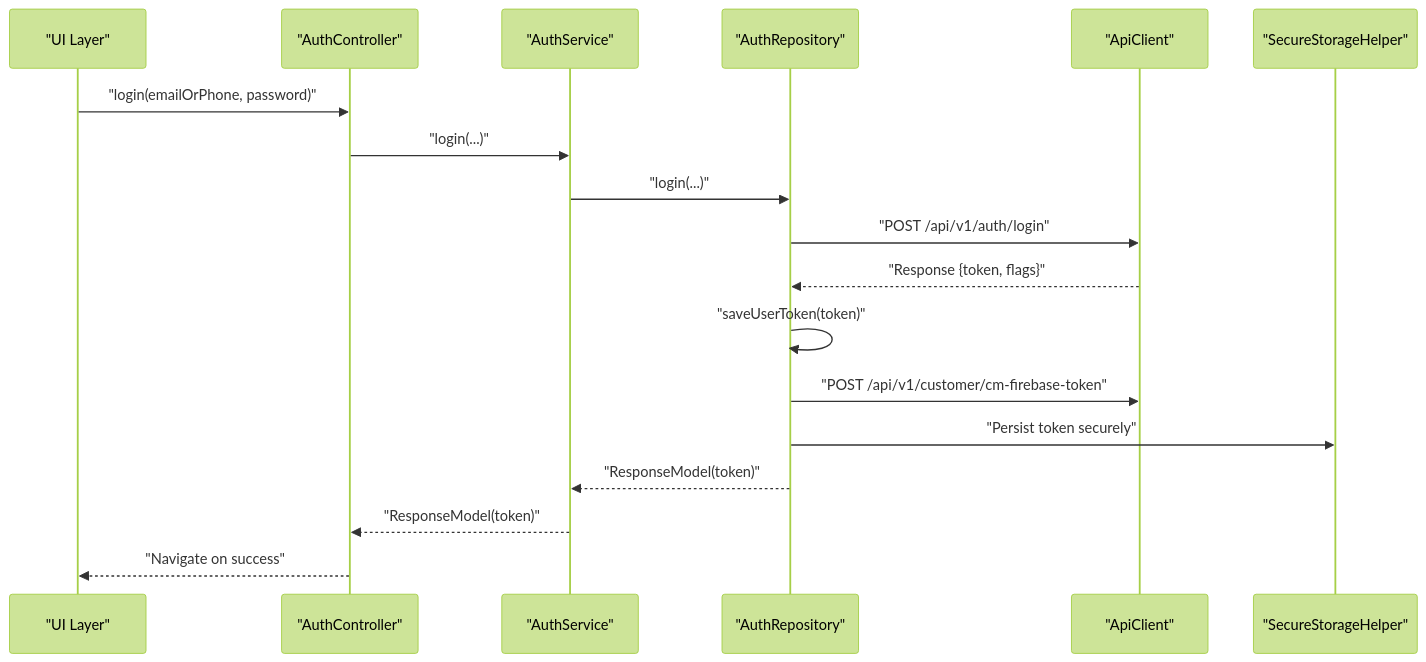
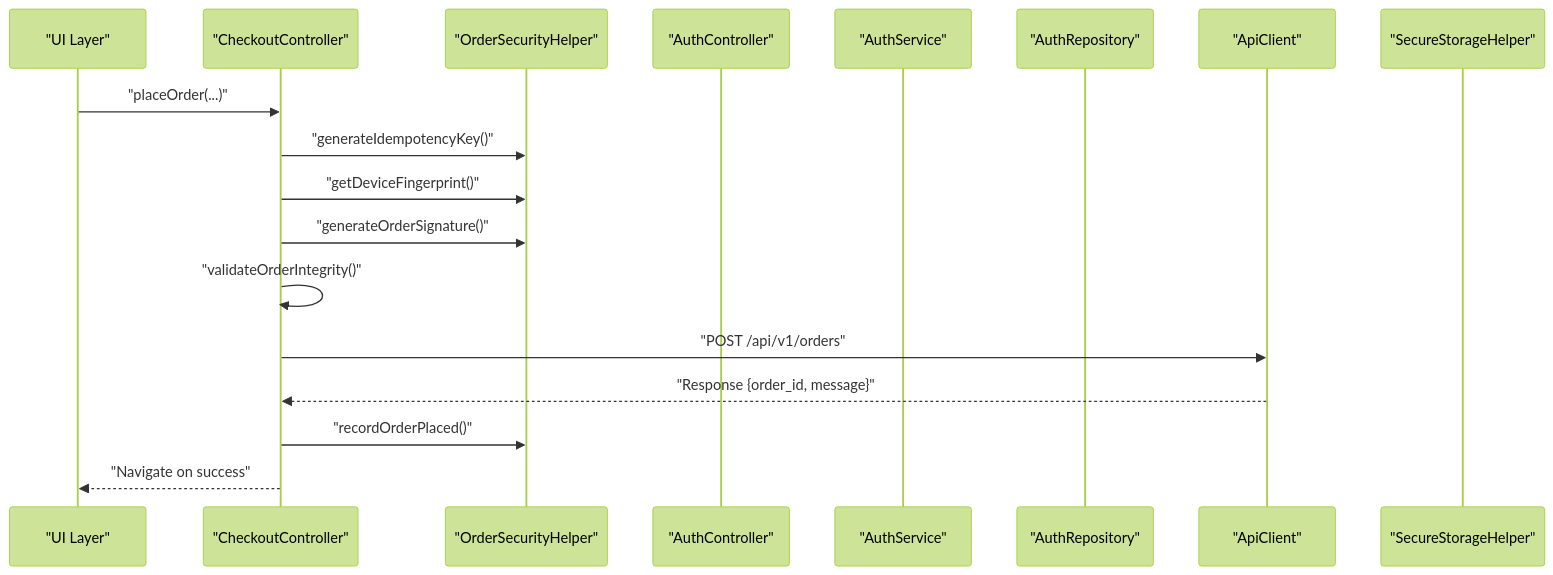
One commit to Hamdies/waddy_user changed the second of 4 diagrams in .qoder/repowiki/en/content/Authentication System/Security Implementation.md. Above: the diagram before and after it, drawn with Mermaid (forest theme). The commit also changed other lines of this file and 773 other files, not shown here.

````diff
--- a/.qoder/repowiki/en/content/Authentication System/Security Implementation.md
+++ b/.qoder/repowiki/en/content/Authentication System/Security Implementation.md
@@ -118,20 +147,20 @@
 ```mermaid
 sequenceDiagram
 participant UI as "UI Layer"
+participant CC as "CheckoutController"
+participant OSH as "OrderSecurityHelper"
 participant AC as "AuthController"
 participant AS as "AuthService"
 participant AR as "AuthRepository"
 participant API as "ApiClient"
 participant SSK as "SecureStorageHelper"
-UI->>AC : "login(emailOrPhone, password)"
-AC->>AS : "login(...)"
-AS->>AR : "login(...)"
-AR->>API : "POST /api/v1/auth/login"
-API-->>AR : "Response {token, flags}"
-AR->>AR : "saveUserToken(token)"
-AR->>API : "POST /api/v1/customer/cm-firebase-token"
-AR->>SSK : "Persist token securely"
-AR-->>AS : "ResponseModel(token)"
-AS-->>AC : "ResponseModel(token)"
-AC-->>UI : "Navigate on success"
+UI->>CC : "placeOrder(...)"
+CC->>OSH : "generateIdempotencyKey()"
+CC->>OSH : "getDeviceFingerprint()"
+CC->>OSH : "generateOrderSignature()"
+CC->>CC : "validateOrderIntegrity()"
+CC->>API : "POST /api/v1/orders"
+API-->>CC : "Response {order_id, message}"
+CC->>OSH : "recordOrderPlaced()"
+CC-->>UI : "Navigate on success"
 ```
````
